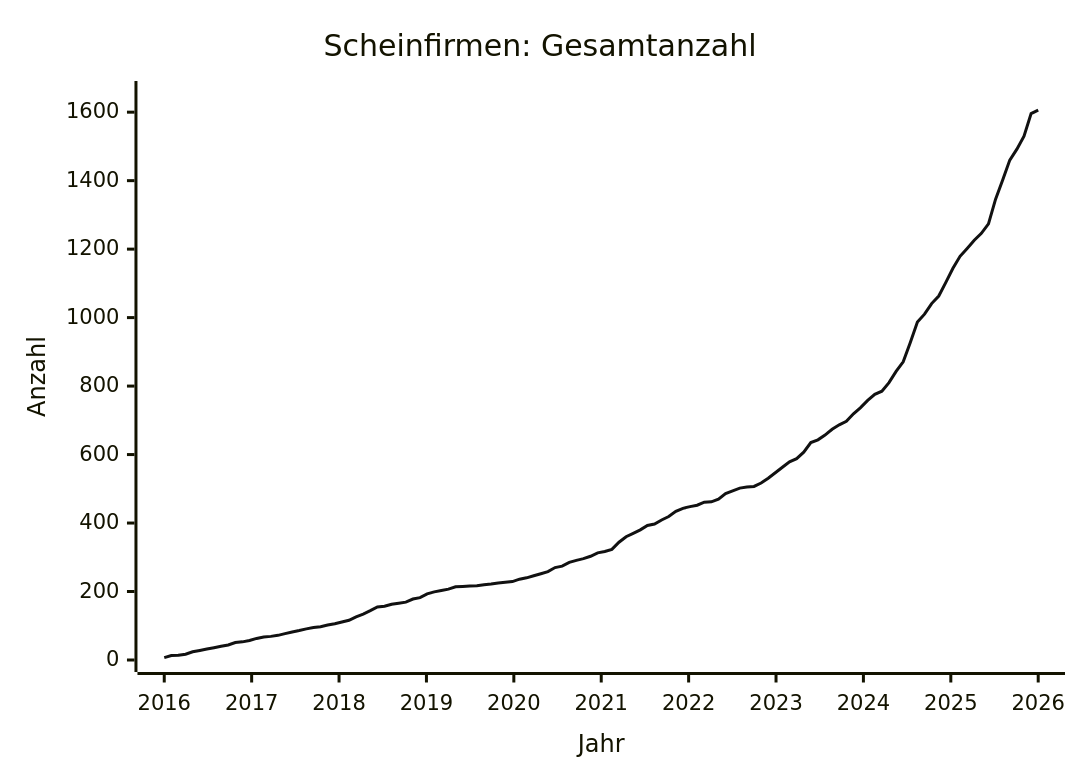
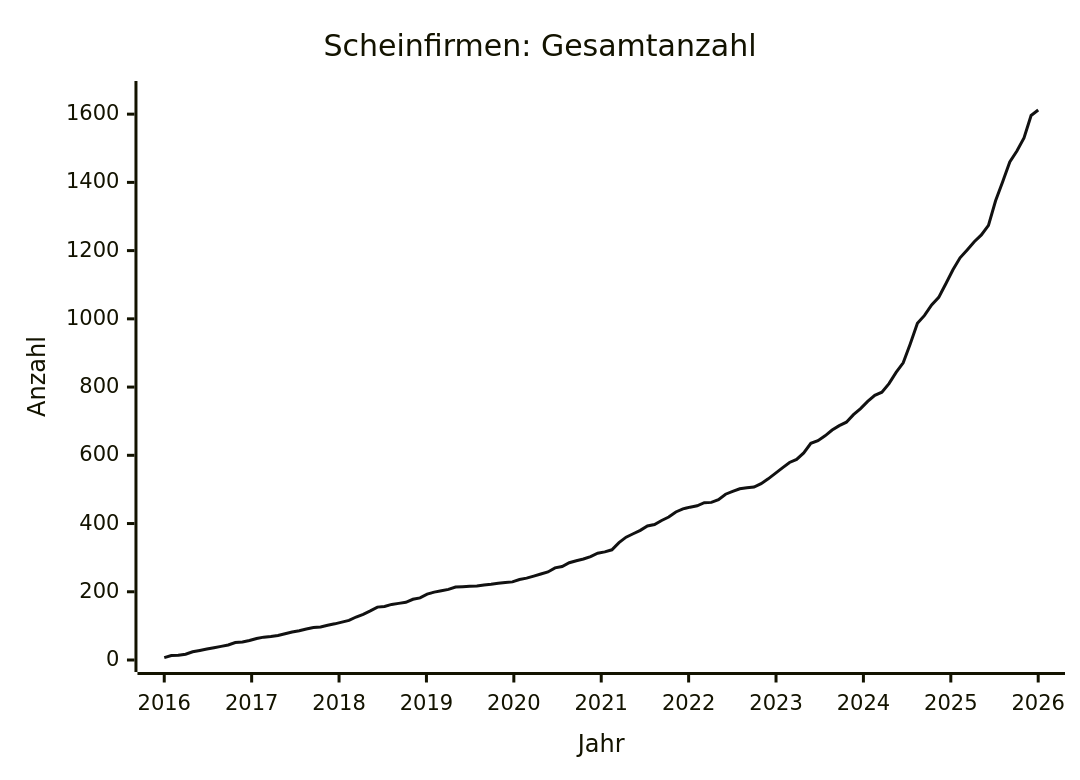
The diagram in data/STATS.md (arjoma/scheinfirmen-at), drawn with Mermaid before and after one commit. The commit also changed other lines of this file and 3 other files, not shown here.

````diff
--- a/data/STATS.md
+++ b/data/STATS.md
@@ -9,13 +9,13 @@
 ```mermaid
 ---
 config:
   themeVariables:
     xyChart:
       plotColorPalette: "#111111"
 ---
 xychart-beta
     title "Scheinfirmen: Gesamtanzahl"
     x-axis "Jahr" 2016 --> 2026
-    y-axis "Anzahl" 0 --> 1656
-    line [7, 13, 14, 17, 24, 28, 32, 36, 40, 44, 51, 53, 57, 63, 67, 69, 72, 77, 82, 86, 91, 95, 97, 102, 106, 111, 116, 126, 134, 144, 155, 157, 163, 166, 169, 178, 182, 193, 199, 203, 207, 214, 215, 216, 217, 220, 222, 225, 227, 229, 236, 240, 246, 252, 258, 270, 274, 285, 291, 296, 303, 313, 317, 323, 344, 360, 370, 380, 393, 397, 409, 419, 434, 443, 448, 452, 461, 462, 470, 486, 494, 502, 505, 507, 517, 531, 547, 563, 579, 588, 607, 635, 643, 657, 674, 687, 697, 719, 737, 758, 776, 785, 810, 843, 871, 927, 987, 1010, 1041, 1063, 1103, 1144, 1179, 1202, 1226, 1246, 1274, 1346, 1402, 1460, 1492, 1530, 1596, 1606]
+    y-axis "Anzahl" 0 --> 1662
+    line [7, 13, 14, 17, 24, 28, 32, 36, 40, 44, 51, 53, 57, 63, 67, 69, 72, 77, 82, 86, 91, 95, 97, 102, 106, 111, 116, 126, 134, 144, 155, 157, 163, 166, 169, 178, 182, 193, 199, 203, 207, 214, 215, 216, 217, 220, 222, 225, 227, 229, 236, 240, 246, 252, 258, 270, 274, 285, 291, 296, 303, 313, 317, 323, 344, 360, 370, 380, 393, 397, 409, 419, 434, 443, 448, 452, 461, 462, 470, 486, 494, 502, 505, 507, 517, 531, 547, 563, 579, 588, 607, 635, 643, 657, 674, 687, 697, 719, 737, 758, 776, 785, 810, 843, 871, 927, 987, 1010, 1041, 1063, 1103, 1144, 1179, 1202, 1226, 1246, 1274, 1346, 1402, 1460, 1492, 1530, 1596, 1612]
 ```
````
